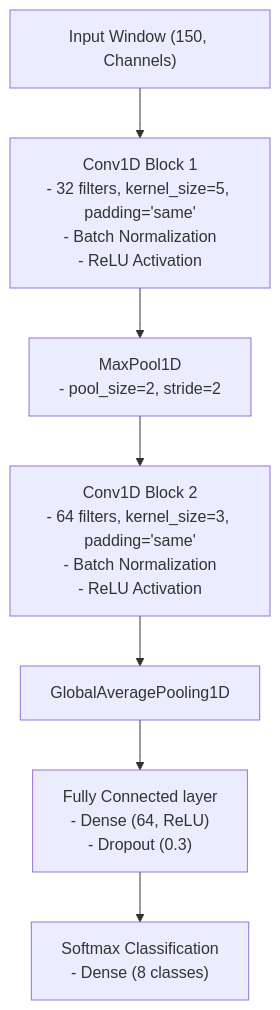
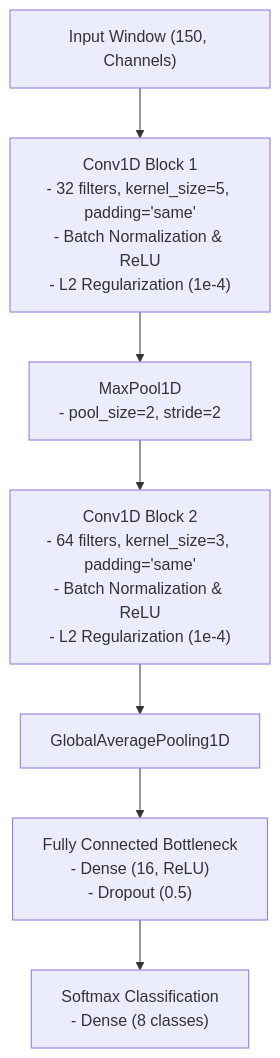
Before and after one commit to printjan/GestureGlove: the diagram in documentation/model_architectures/early_fusion_single_branch_1d_cnn.md, drawn with Mermaid. The commit also changed other lines of this file and 19 other files, not shown here.

````diff
--- a/documentation/model_architectures/early_fusion_single_branch_1d_cnn.md
+++ b/documentation/model_architectures/early_fusion_single_branch_1d_cnn.md
@@ -7,9 +11,9 @@
 ```mermaid
 graph TD
-    Input["Input Window (150, Channels)"] --> Conv1["Conv1D Block 1<br/>- 32 filters, kernel_size=5, padding='same'<br/>- Batch Normalization<br/>- ReLU Activation"]
+    Input["Input Window (150, Channels)"] --> Conv1["Conv1D Block 1<br/>- 32 filters, kernel_size=5, padding='same'<br/>- Batch Normalization & ReLU<br/>- L2 Regularization (1e-4)"]
     Conv1 --> Pool1["MaxPool1D<br/>- pool_size=2, stride=2"]
-    Pool1 --> Conv2["Conv1D Block 2<br/>- 64 filters, kernel_size=3, padding='same'<br/>- Batch Normalization<br/>- ReLU Activation"]
+    Pool1 --> Conv2["Conv1D Block 2<br/>- 64 filters, kernel_size=3, padding='same'<br/>- Batch Normalization & ReLU<br/>- L2 Regularization (1e-4)"]
     Conv2 --> GAP["GlobalAveragePooling1D"]
-    GAP --> FC["Fully Connected layer<br/>- Dense (64, ReLU)<br/>- Dropout (0.3)"]
+    GAP --> FC["Fully Connected Bottleneck<br/>- Dense (16, ReLU)<br/>- Dropout (0.5)"]
     FC --> Softmax["Softmax Classification<br/>- Dense (8 classes)"]
 ```
````
